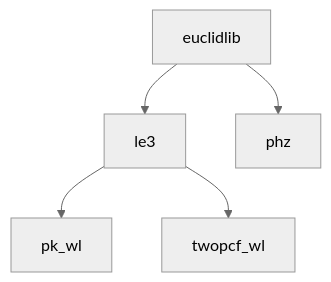
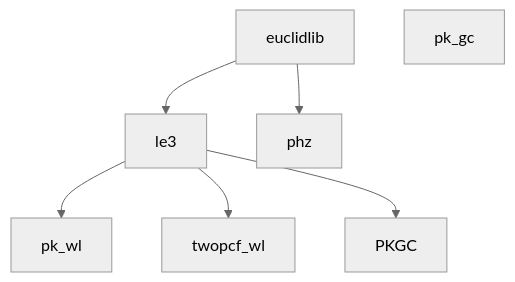
Before and after one commit to euclidlib/euclidlib: the diagram in README.md, drawn with Mermaid (neutral theme). The commit also changed other lines of this file and 1 other file, not shown here.

Commit message:
fixed README and .pre-commit

````diff
--- a/README.md
+++ b/README.md
@@ -44,16 +44,18 @@
 ```mermaid
 graph TD
     EUCLIDLIB[euclidlib]
 
     LE3[le3]
-    PK[pk_wl]
+    PKWL[pk_wl]
     TWOPCF[twopcf_wl]
+    PPKGC[pk_gc]
 
     PHZ[phz]
 
     EUCLIDLIB --> LE3
     EUCLIDLIB --> PHZ
 
-    LE3 --> PK
+    LE3 --> PKWL
     LE3 --> TWOPCF
+    LE3 --> PKGC
 ```
````
